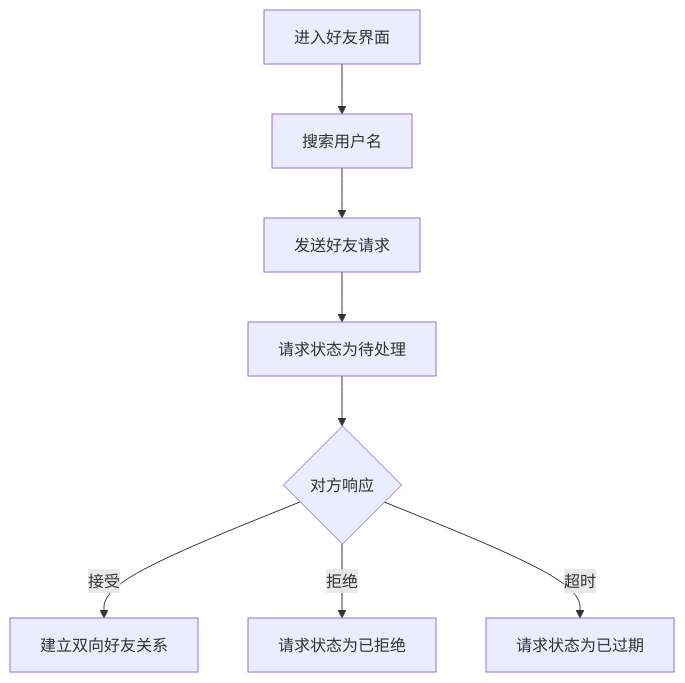
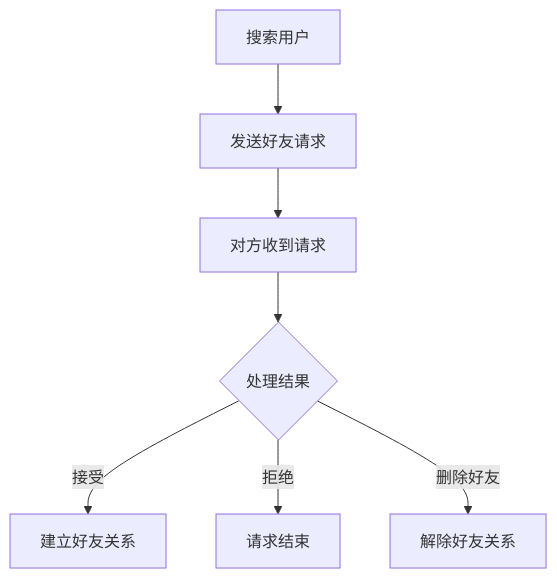
One commit to yznn007/Gomatch changed the third of 3 diagrams in docs/PRD.md. Above: the diagram before and after it, drawn with Mermaid. The commit also changed other lines of this file and 28 other files, not shown here.

````diff
--- a/docs/PRD.md
+++ b/docs/PRD.md
@@ -136,10 +95,9 @@
 ```mermaid
 flowchart TD
-    A[进入好友界面] --> B[搜索用户名]
-    B --> C[发送好友请求]
-    C --> D[请求状态为待处理]
-    D --> E{对方响应}
-    E -->|接受| F[建立双向好友关系]
-    E -->|拒绝| G[请求状态为已拒绝]
-    E -->|超时| H[请求状态为已过期]
+    A[搜索用户] --> B[发送好友请求]
+    B --> C[对方收到请求]
+    C --> D{处理结果}
+    D -->|接受| E[建立好友关系]
+    D -->|拒绝| F[请求结束]
+    D -->|删除好友| G[解除好友关系]
 ```
````
